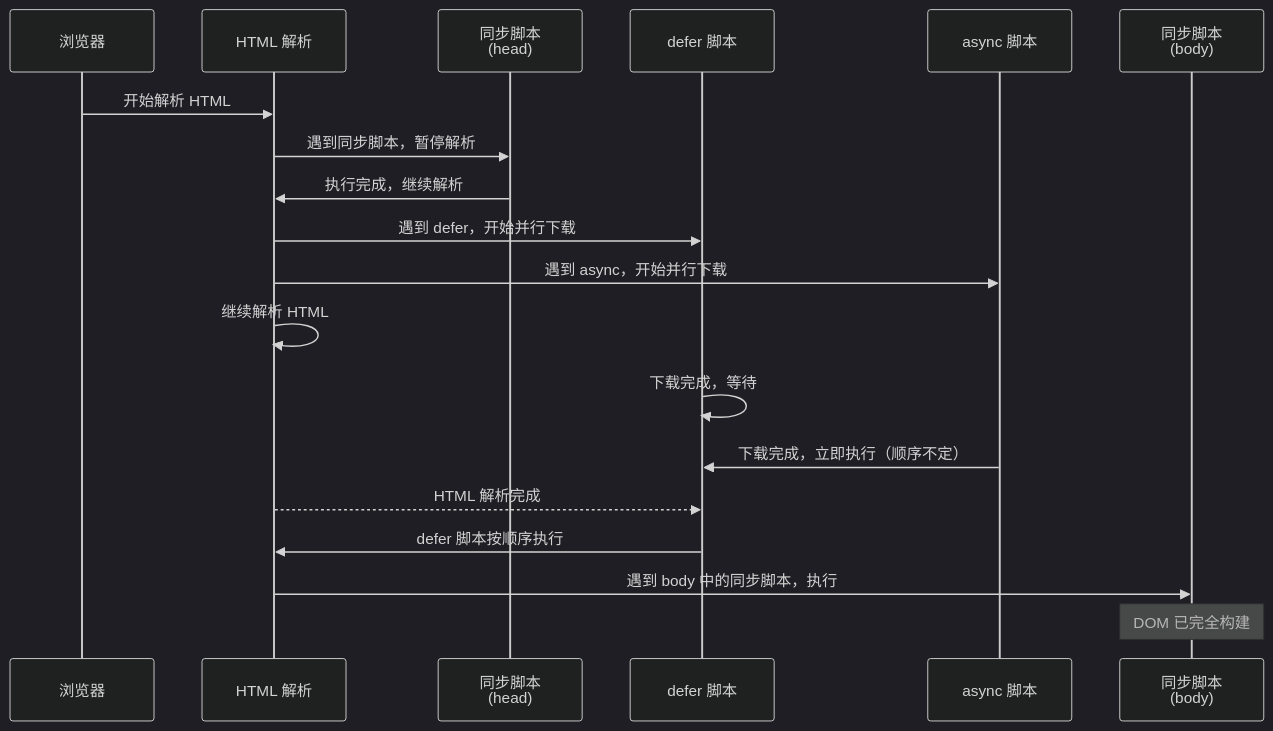
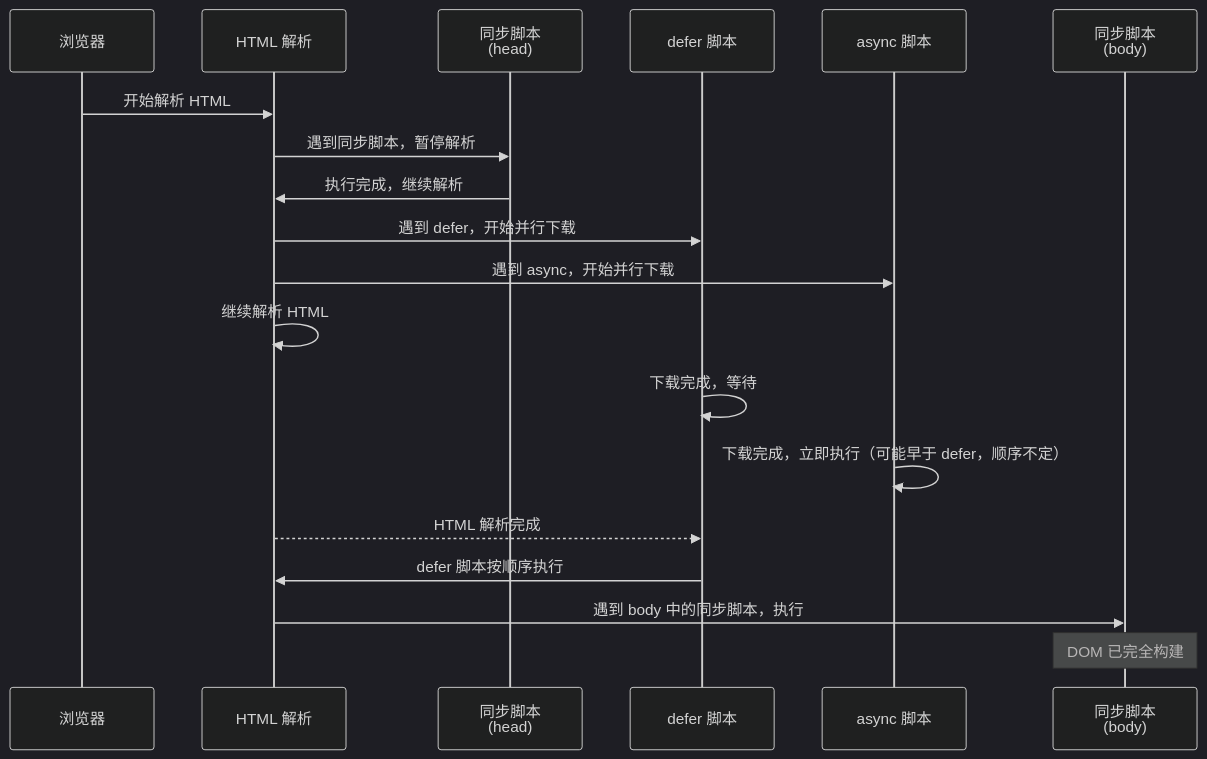
The third of 3 diagrams in content/Js/basic/Chapter-01-JavaScript-Introduction.md (before80/prgms), drawn with Mermaid (dark theme) before and after one commit. The commit also changed other lines of this file and 1645 other files, not shown here.

````diff
--- a/content/Js/basic/Chapter-01-JavaScript-Introduction.md
+++ b/content/Js/basic/Chapter-01-JavaScript-Introduction.md
@@ -685,22 +694,22 @@
 ```mermaid
 sequenceDiagram
     participant B as 浏览器
     participant P as HTML 解析
     participant S1 as 同步脚本<br/>(head)
     participant S2 as defer 脚本
     participant S3 as async 脚本
     participant S4 as 同步脚本<br/>(body)
 
     B->>P: 开始解析 HTML
     P->>S1: 遇到同步脚本，暂停解析
     S1->>P: 执行完成，继续解析
     P->>S2: 遇到 defer，开始并行下载
     P->>S3: 遇到 async，开始并行下载
     P->>P: 继续解析 HTML
     S2->>S2: 下载完成，等待
-    S3->>S2: 下载完成，立即执行（顺序不定）
+    S3->>S3: 下载完成，立即执行（可能早于 defer，顺序不定）
     P-->>S2: HTML 解析完成
     S2->>P: defer 脚本按顺序执行
     P->>S4: 遇到 body 中的同步脚本，执行
     Note over S4: DOM 已完全构建
 ```
````
